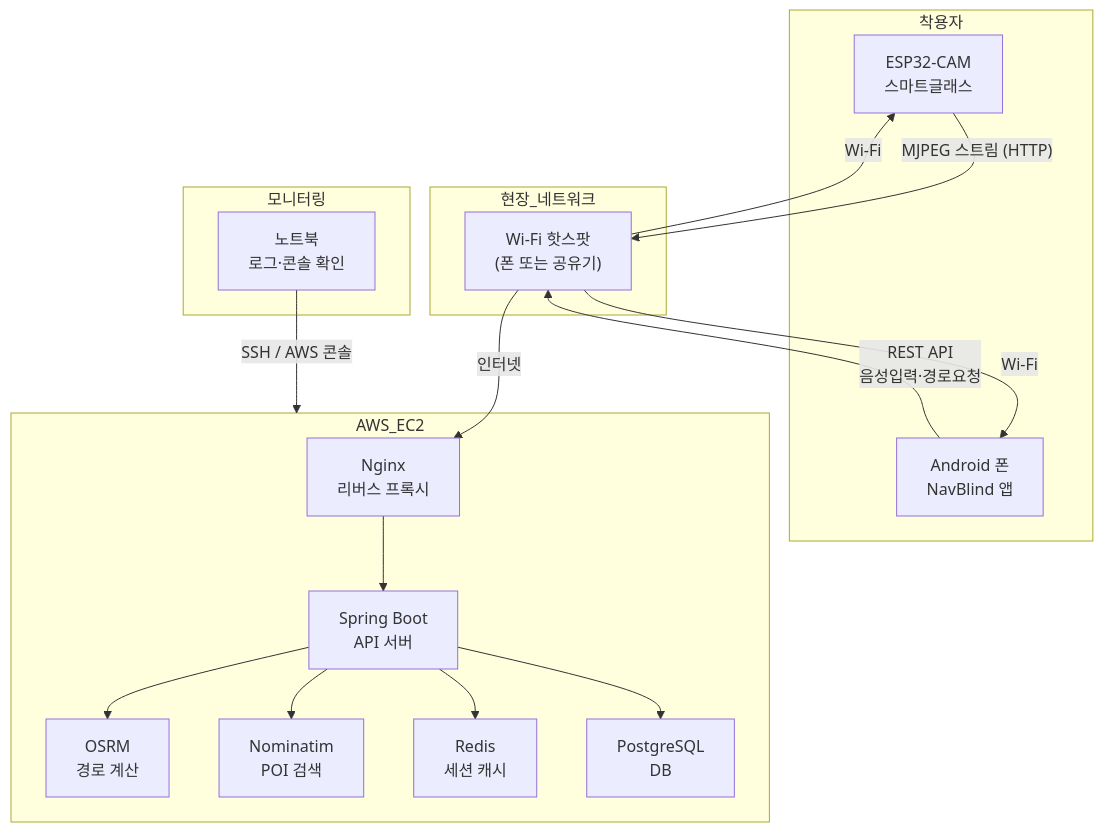
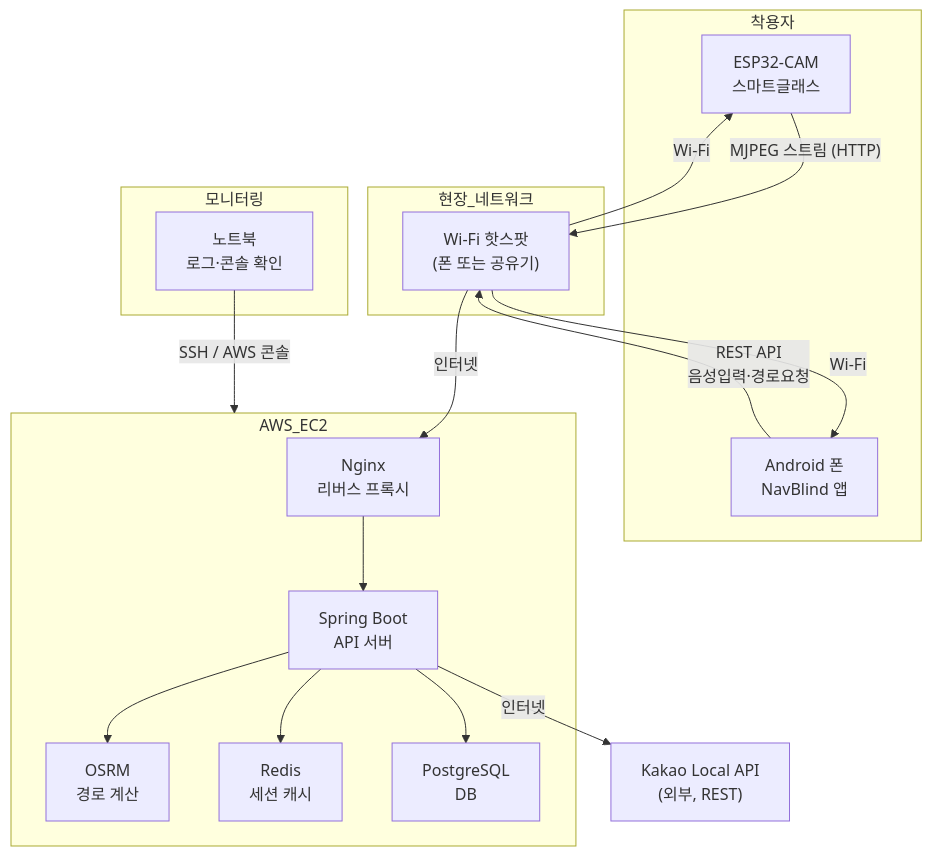
Before and after one commit to 2026TUKCOMCD/SmartWalk: the diagram in demo-environment.md, drawn with Mermaid. The commit also changed other lines of this file and 20 other files, not shown here.

````diff
--- a/demo-environment.md
+++ b/demo-environment.md
@@ -68,38 +68,39 @@
 ```mermaid
 flowchart TD
     subgraph 착용자
         SG["ESP32-CAM<br>스마트글래스"]
         PH["Android 폰<br>NavBlind 앱"]
     end
 
     subgraph 현장_네트워크
         AP["Wi-Fi 핫스팟<br>(폰 또는 공유기)"]
     end
 
     subgraph AWS_EC2
         NG["Nginx<br>리버스 프록시"]
         SB["Spring Boot<br>API 서버"]
         OS["OSRM<br>경로 계산"]
-        NM["Nominatim<br>POI 검색"]
         RD["Redis<br>세션 캐시"]
         PG["PostgreSQL<br>DB"]
     end
 
     subgraph 모니터링
         PC["노트북<br>로그·콘솔 확인"]
     end
+
+    KK["Kakao Local API<br>(외부, REST)"]
 
     SG -->|"MJPEG 스트림 (HTTP)"| AP
     PH -->|"REST API<br>음성입력·경로요청"| AP
     AP -->|Wi-Fi| SG
     AP -->|Wi-Fi| PH
     AP -->|인터넷| NG
 
     NG --> SB
     SB --> OS
-    SB --> NM
+    SB -->|"인터넷"| KK
     SB --> RD
     SB --> PG
 
     PC -->|"SSH / AWS 콘솔"| AWS_EC2
 ```
````
